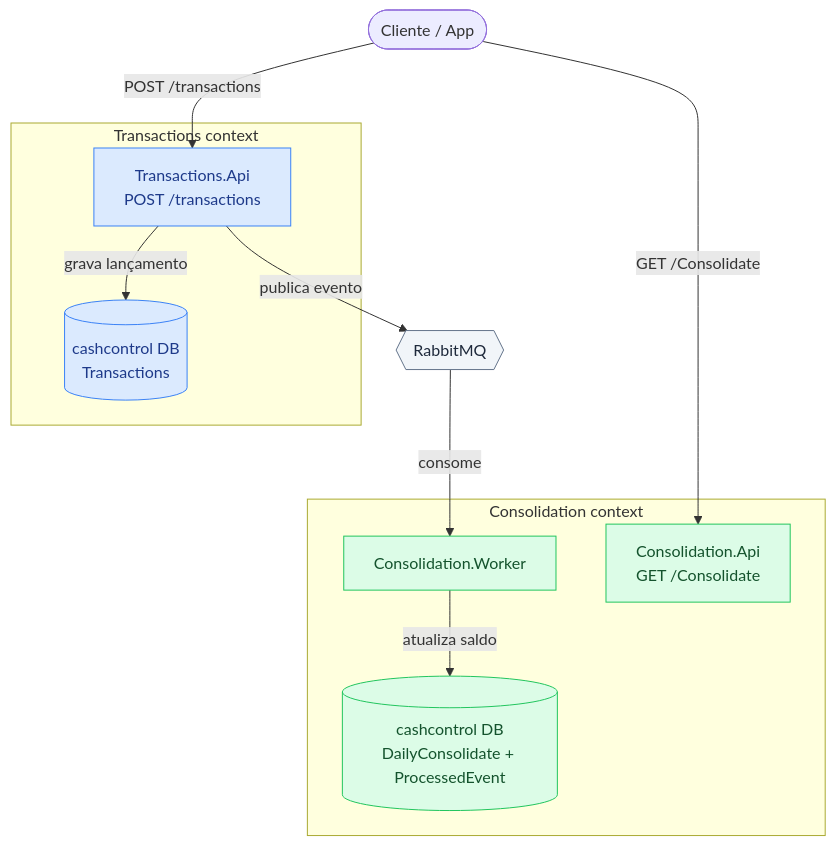
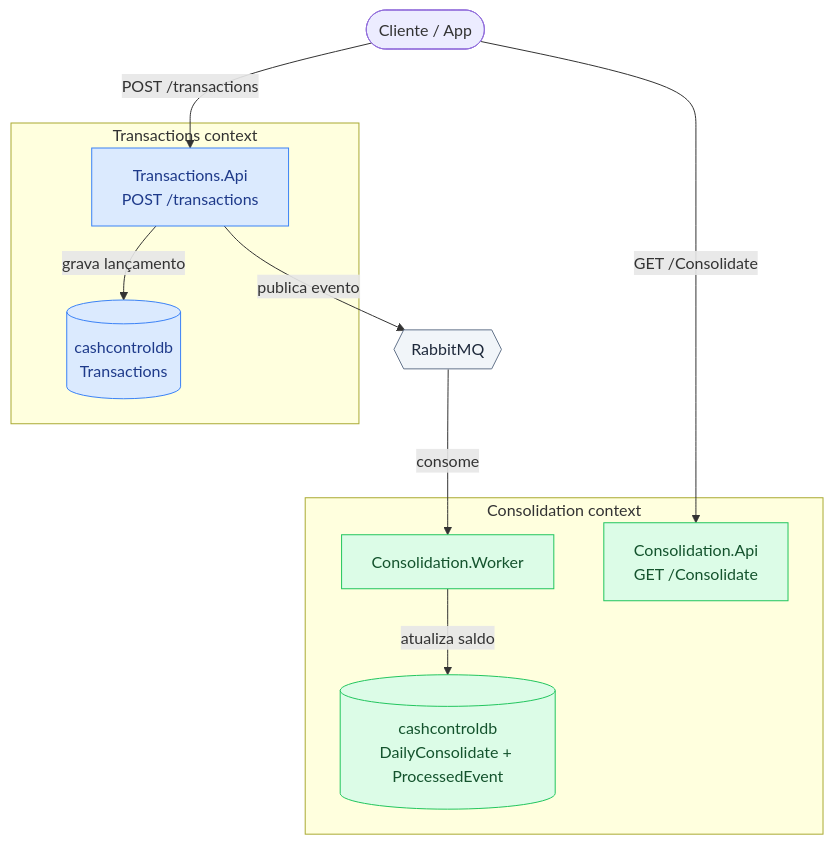
The diagram in README.md (Sossai/CashControl), drawn with Mermaid before and after one commit. The commit also changed other lines of this file and 39 other files, not shown here.

````diff
--- a/README.md
+++ b/README.md
@@ -92,34 +104,34 @@
 ```mermaid
 flowchart TD
     Client(["Cliente / App"])
 
     subgraph TX["Transactions context"]
         TxApi["Transactions.Api<br/>POST /transactions"]
-        TxDb[("cashcontrol DB<br/>Transactions")]
+        TxDb[("cashcontroldb<br/>Transactions")]
     end
 
     Queue{{"RabbitMQ<br/>"}}
 
     subgraph CONS["Consolidation context"]
         Worker["Consolidation.Worker<br/>"]
-        ConDb[("cashcontrol DB<br/>DailyConsolidate + ProcessedEvent")]
+        ConDb[("cashcontroldb<br/>DailyConsolidate + ProcessedEvent")]
         ConApi["Consolidation.Api<br/>GET /Consolidate"]
     end
 
     Client -->|"POST /transactions"| TxApi
     TxApi -->|"grava lançamento"| TxDb
     TxApi -->|"publica evento"| Queue
     Queue -->|"consome"| Worker
     Worker -->|"atualiza saldo"| ConDb
     Client -->|"GET /Consolidate"| ConApi
 
     classDef blue fill:#dbeafe,stroke:#3b82f6,color:#1e3a8a;
     classDef green fill:#dcfce7,stroke:#22c55e,color:#14532d;
     classDef gray fill:#f1f5f9,stroke:#64748b,color:#1e293b;
     classDef red fill:#fee2e2,stroke:#ef4444,color:#7f1d1d,stroke-dasharray: 4 3;
 
     class TxApi,TxDb,OutboxPub blue
     class Worker,ConDb,Cache,ConApi green
     class Queue gray
 
 ```
````
